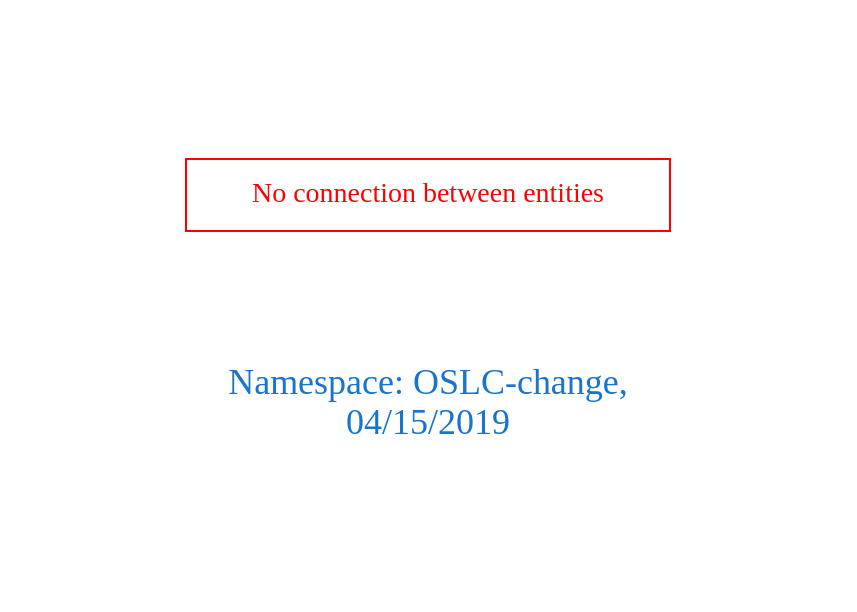
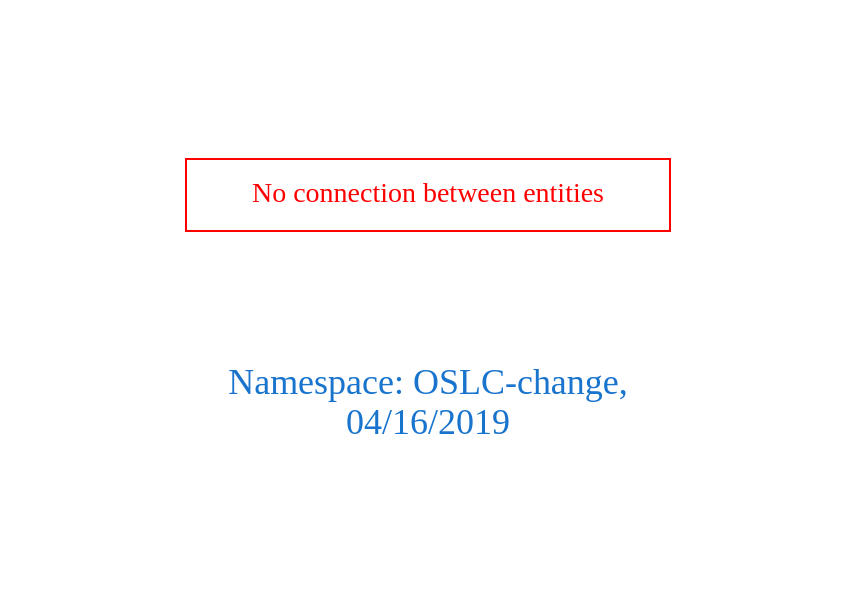
Before and after one commit to arago/OGIT: the diagram in downloads/OSLC-change.dot, drawn with Graphviz. The commit also changed 1332 other files, not shown here.

```diff
--- a/downloads/OSLC-change.dot
+++ b/downloads/OSLC-change.dot
@@ -1,9 +1,9 @@
 digraph OGIT_ontology {
  graph [ rankdir= LR,pad=1 
 fontsize = 18,
-fontcolor= dodgerblue3,label = "\n\n\nNamespace: OSLC-change, \n 04/15/2019"];
+fontcolor= dodgerblue3,label = "\n\n\nNamespace: OSLC-change, \n 04/16/2019"];
 node[shape=polygon];
 edge [  color="gray81"];
 
 "No connection between entities" [fontcolor = "red",color="red", shape="polygon"]
 }
```
